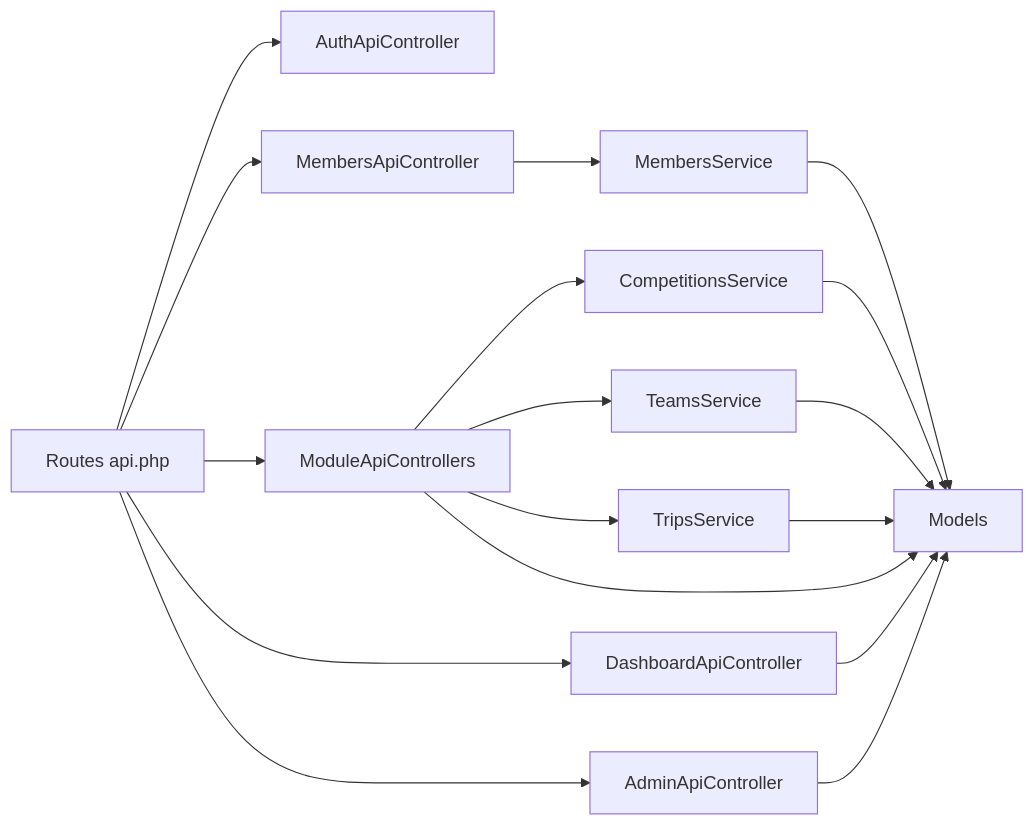
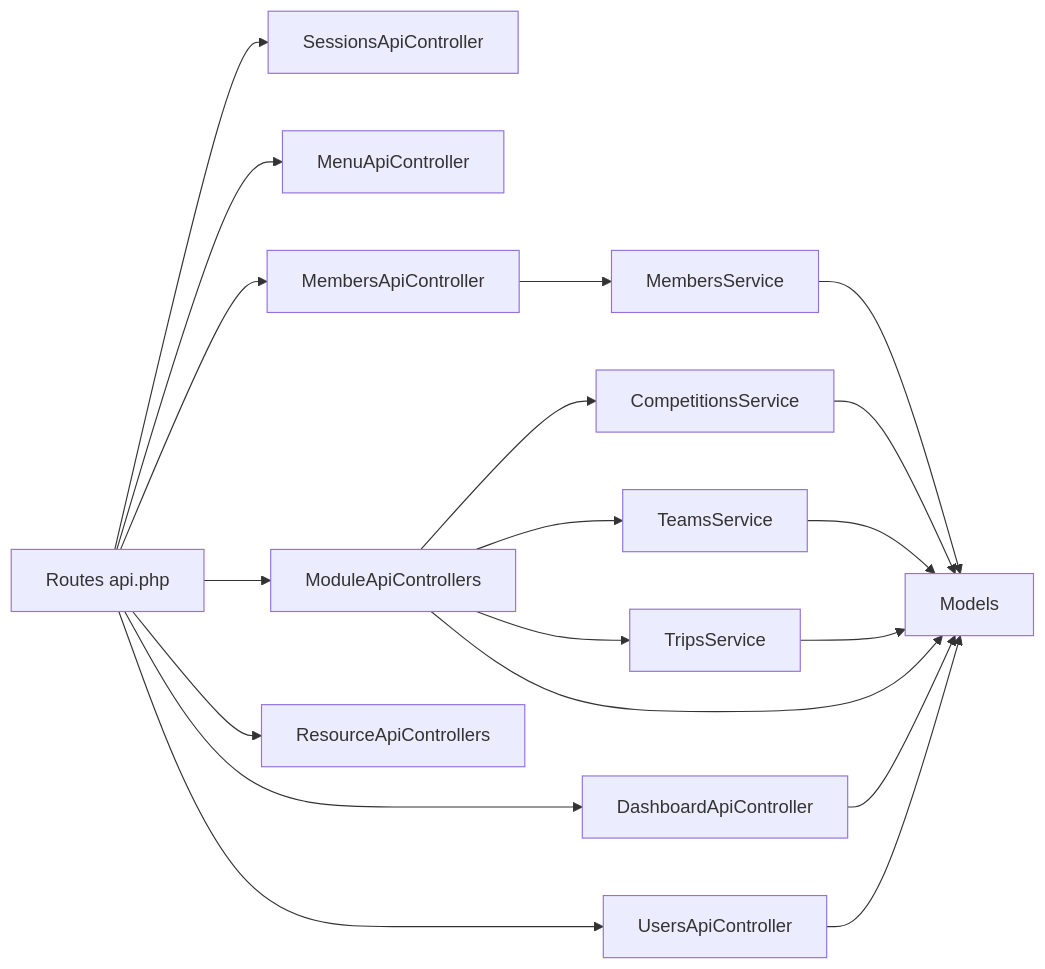
One commit to ricardofilipebondor/web-technologies-2026 changed the third of 12 diagrams in docs/ARCHITECTURE.md. Above: the diagram before and after it, drawn with Mermaid. The commit also changed other lines of this file and 46 other files, not shown here.

````diff
--- a/docs/ARCHITECTURE.md
+++ b/docs/ARCHITECTURE.md
@@ -59,16 +61,18 @@
 ```mermaid
 flowchart LR
-    R[Routes api.php] --> A1[AuthApiController]
+    R[Routes api.php] --> S1[SessionsApiController]
+    R --> S2[UsersApiController]
+    R --> S3[MenuApiController]
     R --> A2[MembersApiController]
     R --> A3[DashboardApiController]
     R --> A4[ModuleApiControllers]
-    R --> A5[AdminApiController]
-    A2 --> S1[MembersService] --> M[Models]
-    A4 --> S2[CompetitionsService]
-    A4 --> S3[TeamsService]
-    A4 --> S4[TripsService]
-    S2 & S3 & S4 --> M
+    R --> A5[ResourceApiControllers]
+    A2 --> SVC1[MembersService] --> M[Models]
+    A4 --> SVC2[CompetitionsService]
+    A4 --> SVC3[TeamsService]
+    A4 --> SVC4[TripsService]
+    SVC2 & SVC3 & SVC4 --> M
     A4 --> M
     A3 --> M
-    A5 --> M
+    S2 --> M
 ```
````
